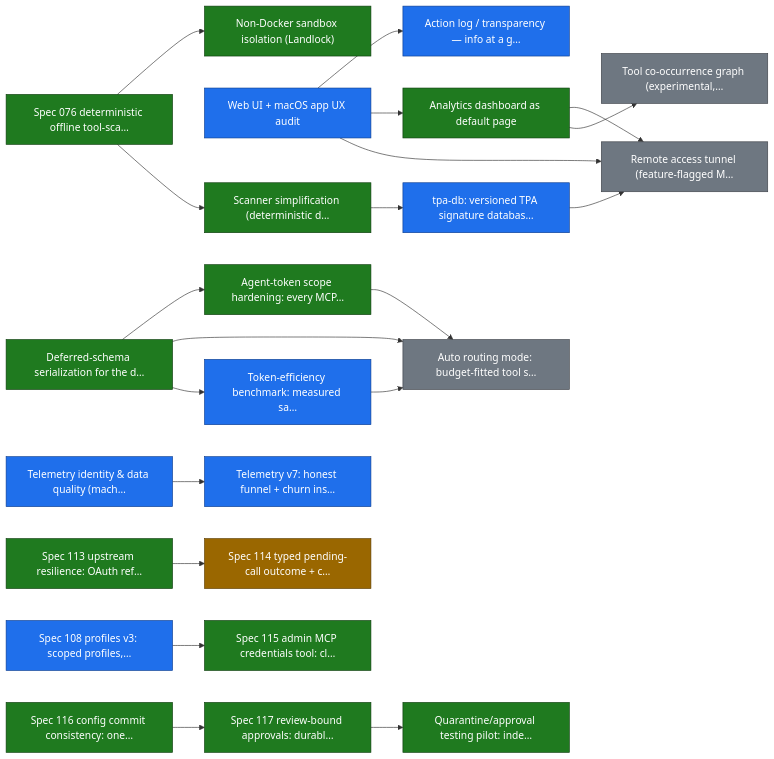
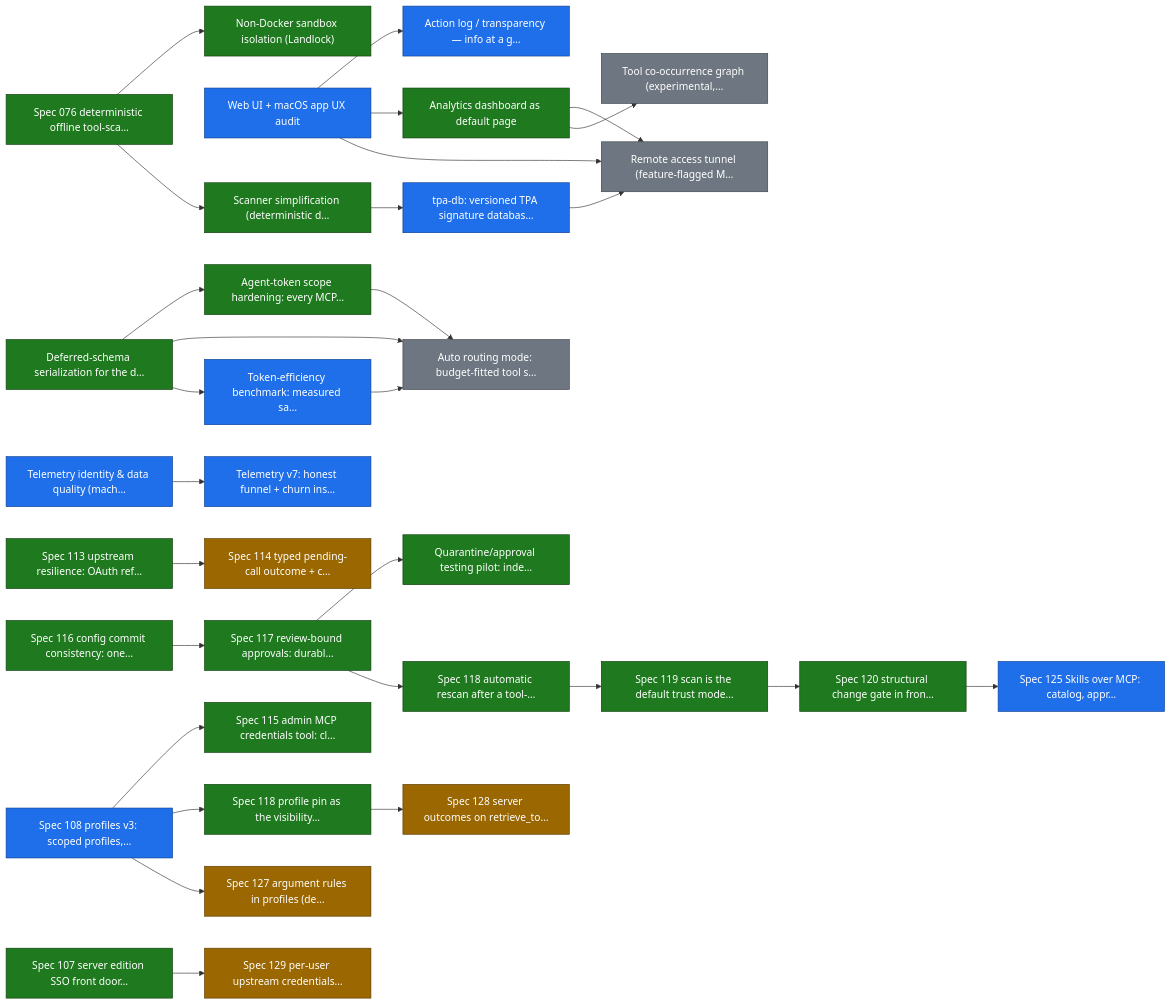
One commit to smart-mcp-proxy/mcpproxy-go changed the first of 29 diagrams in ROADMAP.md. Above: the diagram before and after it, drawn with Mermaid. The commit also changed other lines of this file and 1 other file, not shown here.

First line of the commit message:
docs(roadmap): add epics for specs 118-125 and 127-129

````diff
--- a/ROADMAP.md
+++ b/ROADMAP.md
@@ -36,54 +36,71 @@
 ```mermaid
 graph LR
   sandbox_isolation["Non-Docker sandbox isolation (Landlock)"]
   scanner_v2["Spec 076 deterministic offline tool-sca…"]
   ux_audit["Web UI + macOS app UX audit"]
   action_log_transparency["Action log / transparency — info at a g…"]
   analytics_dashboard["Analytics dashboard as default page"]
   scanner_simplification["Scanner simplification (deterministic d…"]
   tpa_db["tpa-db: versioned TPA signature databas…"]
   remote_access_tunnel["Remote access tunnel (feature-flagged M…"]
   schema_deferred["Deferred-schema serialization for the d…"]
   agent_scope_hardening["Agent-token scope hardening: every MCP…"]
   auto_routing_mode["Auto routing mode: budget-fitted tool s…"]
   token_bench["Token-efficiency benchmark: measured sa…"]
   tool_graph["Tool co-occurrence graph (experimental,…"]
   telemetry_identity["Telemetry identity & data quality (mach…"]
   telemetry_v7_churn["Telemetry v7: honest funnel + churn ins…"]
+  sso["Spec 107 server edition SSO front door…"]
   profiles_v3["Spec 108 profiles v3: scoped profiles,…"]
   upstream_resilience["Spec 113 upstream resilience: OAuth ref…"]
   pending_call_outcome["Spec 114 typed pending-call outcome + c…"]
   mcp_credential_lifecycle["Spec 115 admin MCP credentials tool: cl…"]
   config_commit_consistency["Spec 116 config commit consistency: one…"]
   review_bound_approvals["Spec 117 review-bound approvals: durabl…"]
   quarantine_approval_pilot["Quarantine/approval testing pilot: inde…"]
+  auto_rescan_on_change["Spec 118 automatic rescan after a tool-…"]
+  pin_visibility_boundary["Spec 118 profile pin as the visibility…"]
+  scan_default_trust["Spec 119 scan is the default trust mode…"]
+  scan_structural_gate["Spec 120 structural change gate in fron…"]
+  skills_over_mcp["Spec 125 Skills over MCP: catalog, appr…"]
+  profile_argument_rules["Spec 127 argument rules in profiles (de…"]
+  server_list_outcomes["Spec 128 server outcomes on retrieve_to…"]
+  per_user_upstream_credentials["Spec 129 per-user upstream credentials…"]
 
   scanner_v2 --> sandbox_isolation
   ux_audit --> action_log_transparency
   ux_audit --> analytics_dashboard
   scanner_v2 --> scanner_simplification
   scanner_simplification --> tpa_db
   tpa_db --> remote_access_tunnel
   ux_audit --> remote_access_tunnel
   analytics_dashboard --> remote_access_tunnel
   schema_deferred --> agent_scope_hardening
   agent_scope_hardening --> auto_routing_mode
   schema_deferred --> auto_routing_mode
   token_bench --> auto_routing_mode
   schema_deferred --> token_bench
   analytics_dashboard --> tool_graph
   telemetry_identity --> telemetry_v7_churn
   upstream_resilience --> pending_call_outcome
   profiles_v3 --> mcp_credential_lifecycle
   config_commit_consistency --> review_bound_approvals
   review_bound_approvals --> quarantine_approval_pilot
+  review_bound_approvals --> auto_rescan_on_change
+  profiles_v3 --> pin_visibility_boundary
+  auto_rescan_on_change --> scan_default_trust
+  scan_default_trust --> scan_structural_gate
+  scan_structural_gate --> skills_over_mcp
+  profiles_v3 --> profile_argument_rules
+  pin_visibility_boundary --> server_list_outcomes
+  sso --> per_user_upstream_credentials
 
   classDef done fill:#1f7a1f,stroke:#0d3d0d,color:#ffffff;
   classDef in_progress fill:#1f6feb,stroke:#0b3d91,color:#ffffff;
   classDef in_review fill:#9a6700,stroke:#5c3d00,color:#ffffff;
   classDef todo fill:#6e7781,stroke:#3d4248,color:#ffffff;
-  class sandbox_isolation,scanner_v2,analytics_dashboard,scanner_simplification,schema_deferred,agent_scope_hardening,upstream_resilience,mcp_credential_lifecycle,config_commit_consistency,review_bound_approvals,quarantine_approval_pilot done;
-  class ux_audit,action_log_transparency,tpa_db,token_bench,telemetry_identity,telemetry_v7_churn,profiles_v3 in_progress;
-  class pending_call_outcome in_review;
+  class sandbox_isolation,scanner_v2,analytics_dashboard,scanner_simplification,schema_deferred,agent_scope_hardening,sso,upstream_resilience,mcp_credential_lifecycle,config_commit_consistency,review_bound_approvals,quarantine_approval_pilot,auto_rescan_on_change,pin_visibility_boundary,scan_default_trust,scan_structural_gate done;
+  class ux_audit,action_log_transparency,tpa_db,token_bench,telemetry_identity,telemetry_v7_churn,profiles_v3,skills_over_mcp in_progress;
+  class pending_call_outcome,profile_argument_rules,server_list_outcomes,per_user_upstream_credentials in_review;
   class remote_access_tunnel,auto_routing_mode,tool_graph todo;
 ```
````
